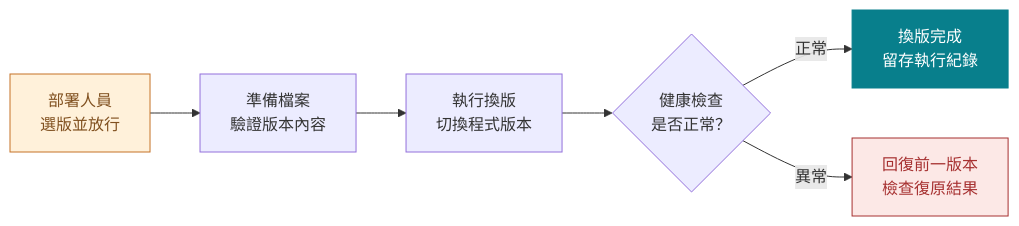
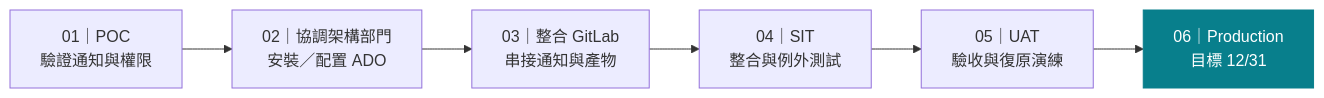
The fifth of 5 diagrams in docs/presentations/windows-cd-initial-plan.md (cyljacky02/gitlab-win-cicd), drawn with Mermaid before and after one commit. The commit also changed other lines of this file and 28 other files, not shown here.

Commit message:
docs: simplify Windows deployment proposal with event-driven ADO architecture

````diff
--- a/docs/presentations/windows-cd-initial-plan.md
+++ b/docs/presentations/windows-cd-initial-plan.md
@@ -329,31 +246,23 @@
 ```mermaid
 flowchart LR
-%% @name release-lifecycle
- A["部署人員<br/>選版並放行"]
- B["準備檔案<br/>驗證版本內容"]
- C["執行換版<br/>切換程式版本"]
- D{"健康檢查<br/>是否正常？"}
- E["換版完成<br/>留存執行紀錄"]
- F["回復前一版本<br/>檢查復原結果"]
-%% @node A 0 40 180 90
-%% @node B 220 40 180 90
-%% @node C 440 40 180 90
-%% @node D 690 35 190 100
-%% @node E 715 200 165 70
-%% @node F 440 200 220 70
-%% @ports D F bottom top
-%% @route D F 785 170 550 170
-%% @label D E 797 153 75
-%% @label D F 588 138 90
+%% @name proposed-timeline
+ A["01｜POC<br/>驗證通知與權限"]
+ B["02｜協調架構部門<br/>安裝／配置 ADO"]
+ C["03｜整合 GitLab<br/>串接通知與產物"]
+ D["04｜SIT<br/>整合與例外測試"]
+ E["05｜UAT<br/>驗收與復原演練"]
+ F["06｜Production<br/>目標 12/31"]
+%% @node A 0 15 260 90
+%% @node B 310 15 260 90
+%% @node C 620 15 260 90
+%% @node D 620 175 260 90
+%% @node E 310 175 260 90
+%% @node F 0 175 260 90
 A --> B
 B --> C
 C --> D
-D -->|"正常"| E
-D -->|"異常"| F
-class A control
-class E target
-class F blocked
-classDef control fill:#FFF1DA,color:#80501F,stroke:#C57227
+D --> E
+E --> F
+class F target
 classDef target fill:#087F8C,color:#ffffff,stroke:#087F8C
-classDef blocked fill:#FCE8E6,color:#A63030,stroke:#A63030
 ```
````
